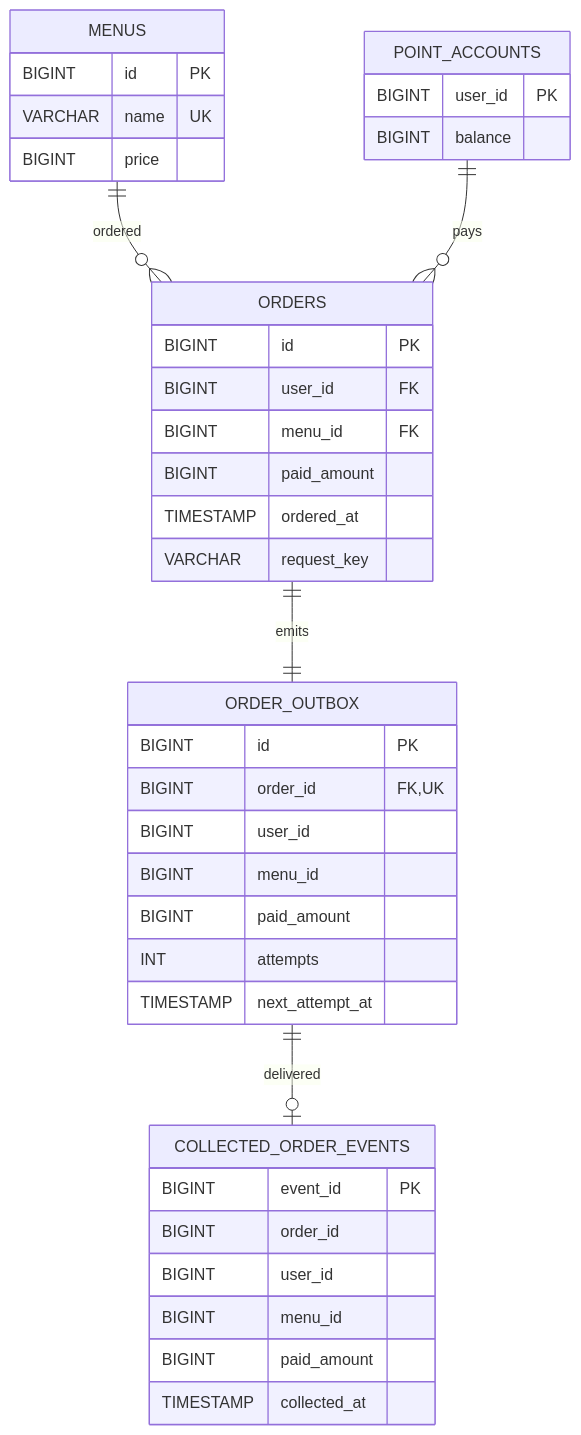
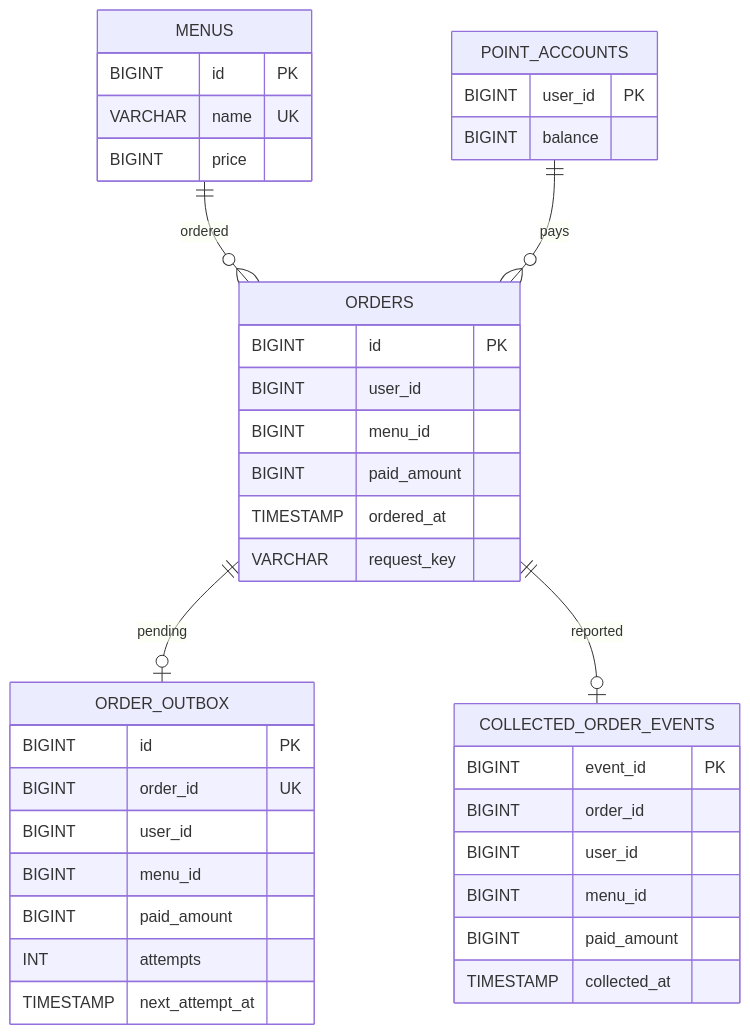
One commit to OdinAhn/coffee-order changed the diagram in README.md. Above: the diagram before and after it, drawn with Mermaid. The commit also changed other lines of this file, not shown here.

Commit message:
Correct README setup and schema notes

````diff
--- a/README.md
+++ b/README.md
@@ -90,41 +99,41 @@
 ```mermaid
 erDiagram
     MENUS ||--o{ ORDERS : ordered
     POINT_ACCOUNTS ||--o{ ORDERS : pays
-    ORDERS ||--|| ORDER_OUTBOX : emits
-    ORDER_OUTBOX ||--o| COLLECTED_ORDER_EVENTS : delivered
+    ORDERS ||--o| ORDER_OUTBOX : pending
+    ORDERS ||--o| COLLECTED_ORDER_EVENTS : reported
     MENUS {
         BIGINT id PK
         VARCHAR name UK
         BIGINT price
     }
     POINT_ACCOUNTS {
         BIGINT user_id PK
         BIGINT balance
     }
     ORDERS {
         BIGINT id PK
-        BIGINT user_id FK
-        BIGINT menu_id FK
+        BIGINT user_id
+        BIGINT menu_id
         BIGINT paid_amount
         TIMESTAMP ordered_at
         VARCHAR request_key
     }
     ORDER_OUTBOX {
         BIGINT id PK
-        BIGINT order_id FK,UK
+        BIGINT order_id UK
         BIGINT user_id
         BIGINT menu_id
         BIGINT paid_amount
         INT attempts
         TIMESTAMP next_attempt_at
     }
     COLLECTED_ORDER_EVENTS {
         BIGINT event_id PK
         BIGINT order_id
         BIGINT user_id
         BIGINT menu_id
         BIGINT paid_amount
         TIMESTAMP collected_at
     }
 ```
````
